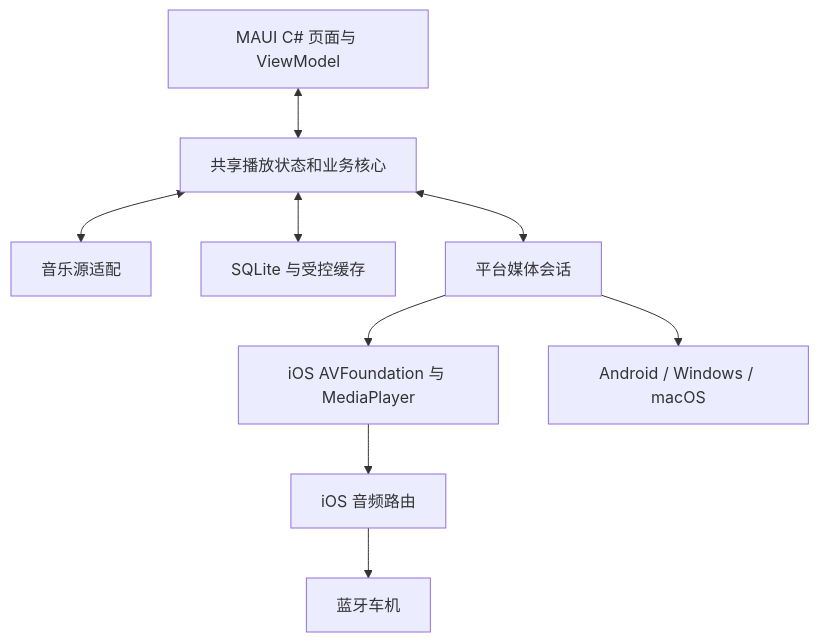
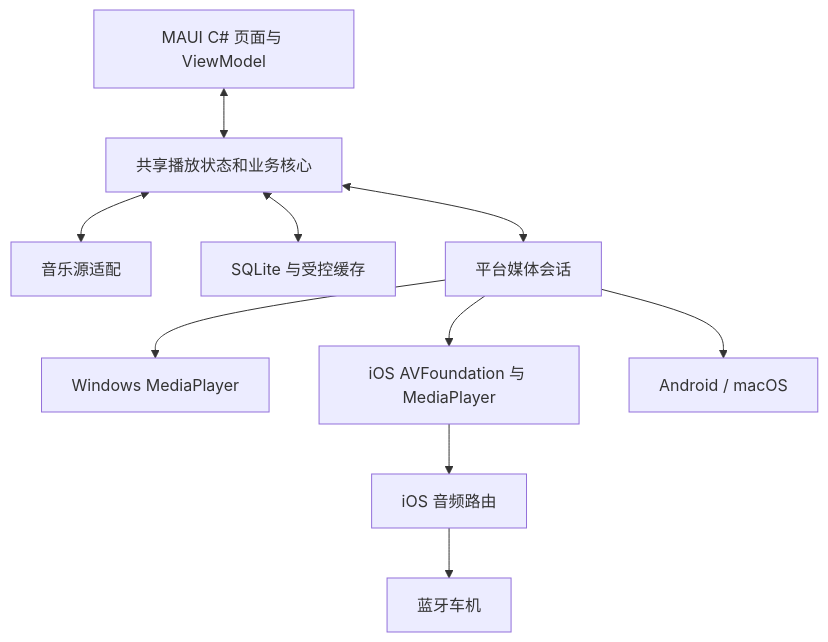
One commit to IoTSharp/Lyrava changed the diagram in docs/architecture.md. Above: the diagram before and after it, drawn with Mermaid. The commit also changed other lines of this file and 21 other files, not shown here.

````diff
--- a/docs/architecture.md
+++ b/docs/architecture.md
@@ -7,11 +7,12 @@
 ```mermaid
 flowchart TD
     UI[MAUI C# 页面与 ViewModel] <--> CORE[共享播放状态和业务核心]
     CORE <--> SOURCE[音乐源适配]
     CORE <--> DATA[SQLite 与受控缓存]
     CORE <--> SESSION[平台媒体会话]
+    SESSION --> WINDOWS[Windows MediaPlayer]
     SESSION --> IOS[iOS AVFoundation 与 MediaPlayer]
-    SESSION --> OTHER[Android / Windows / macOS]
+    SESSION --> OTHER[Android / macOS]
     IOS --> ROUTE[iOS 音频路由]
     ROUTE --> CAR[蓝牙车机]
 ```
````
